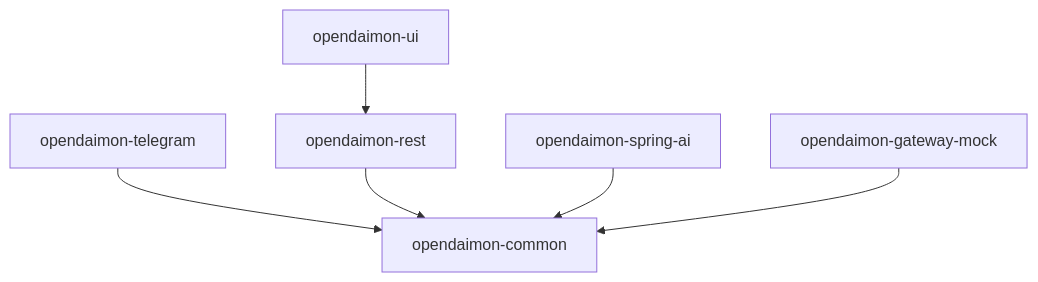
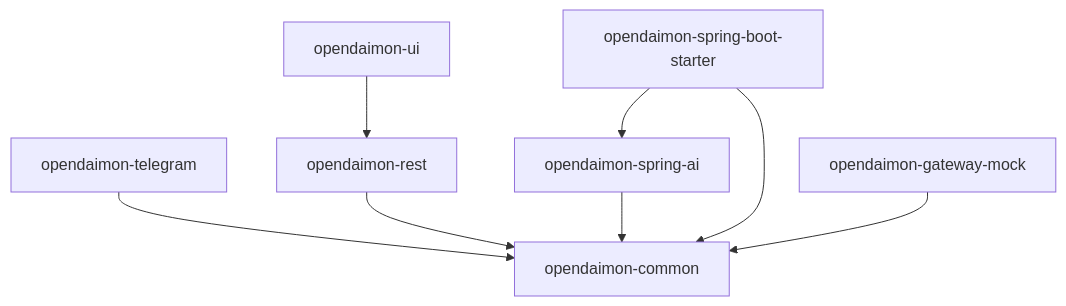
Before and after one commit to NGirchev/open-daimon: the diagram in README.md, drawn with Mermaid. The commit also changed other lines of this file, not shown here.

````diff
--- a/README.md
+++ b/README.md
@@ -287,9 +298,11 @@
 ```mermaid
 graph TD
     common[opendaimon-common]
     telegram[opendaimon-telegram] --> common
     rest[opendaimon-rest] --> common
     ui[opendaimon-ui] --> rest
     springai[opendaimon-spring-ai] --> common
+    starter[opendaimon-spring-boot-starter] --> common
+    starter --> springai
     mock[opendaimon-gateway-mock] --> common
 ```
````
